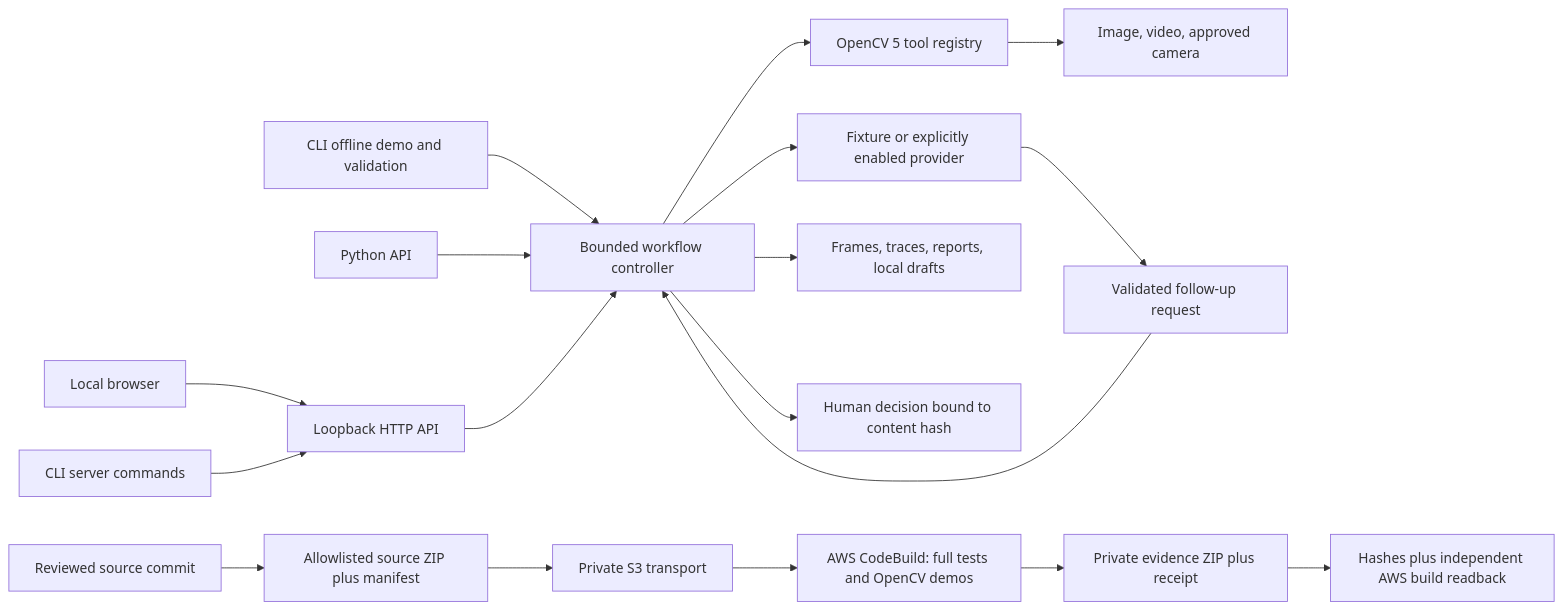
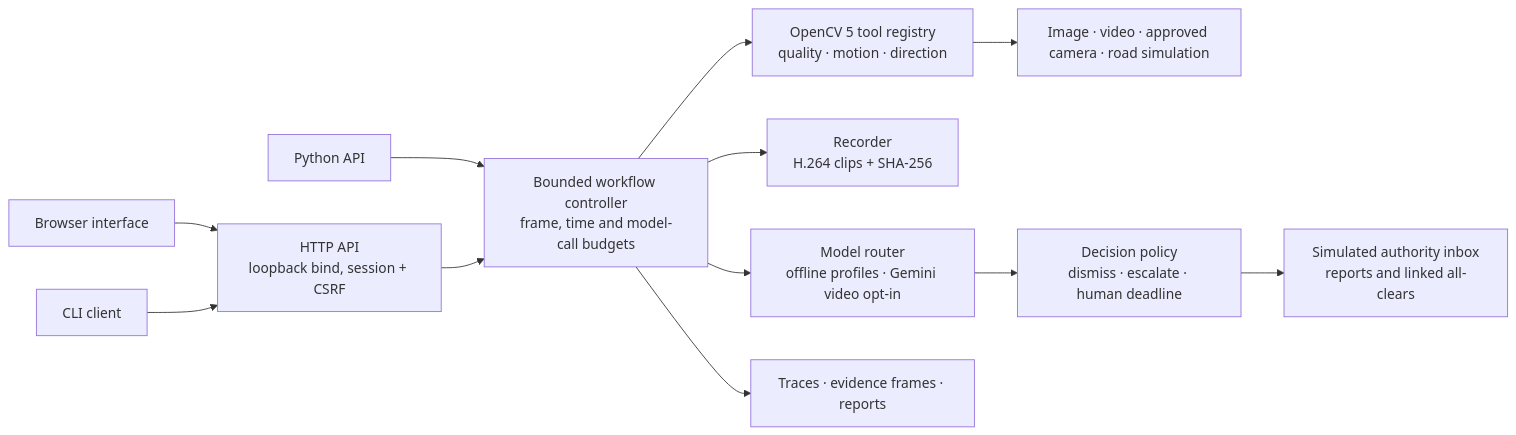
Before and after one commit to ellmos-ai/VisionFlow: the first of 3 diagrams in docs/ARCHITECTURE.md, drawn with Mermaid. The commit also changed other lines of this file and 9 other files, not shown here.

````diff
--- a/docs/ARCHITECTURE.md
+++ b/docs/ARCHITECTURE.md
@@ -3,20 +5,14 @@
 ```mermaid
 flowchart LR
-    UI[Local browser] --> API[Loopback HTTP API]
-    CLI[CLI server commands] --> API
-    LOCAL[CLI offline demo and validation] --> CORE
-    PY[Python API] --> CORE[Bounded workflow controller]
-    API --> CORE
-    CORE --> CV[OpenCV 5 tool registry]
-    CV --> MEDIA[Image, video, approved camera]
-    CORE --> MODEL[Fixture or explicitly enabled provider]
-    MODEL --> REQUEST[Validated follow-up request]
-    REQUEST --> CORE
-    CORE --> EVIDENCE[Frames, traces, reports, local drafts]
-    CORE --> REVIEW[Human decision bound to content hash]
-    COMMIT[Reviewed source commit] --> ZIP[Allowlisted source ZIP plus manifest]
-    ZIP --> S3[Private S3 transport]
-    S3 --> BUILD[AWS CodeBuild: full tests and OpenCV demos]
-    BUILD --> ARTIFACT[Private evidence ZIP plus receipt]
-    ARTIFACT --> VERIFY[Hashes plus independent AWS build readback]
+    UI[Browser interface] --> API[HTTP API<br/>loopback bind, session + CSRF]
+    CLI[CLI client] --> API
+    PY[Python API] --> CORE
+    API --> CORE[Bounded workflow controller<br/>frame, time and model-call budgets]
+    CORE --> CV[OpenCV 5 tool registry<br/>quality · motion · direction]
+    CV --> MEDIA[Image · video · approved camera · road simulation]
+    CORE --> REC[Recorder<br/>H.264 clips + SHA-256]
+    CORE --> MODEL[Model router<br/>offline profiles · Gemini video opt-in]
+    MODEL --> POLICY[Decision policy<br/>dismiss · escalate · human deadline]
+    POLICY --> INBOX[Simulated authority inbox<br/>reports and linked all-clears]
+    CORE --> EVIDENCE[Traces · evidence frames · reports]
 ```
````
